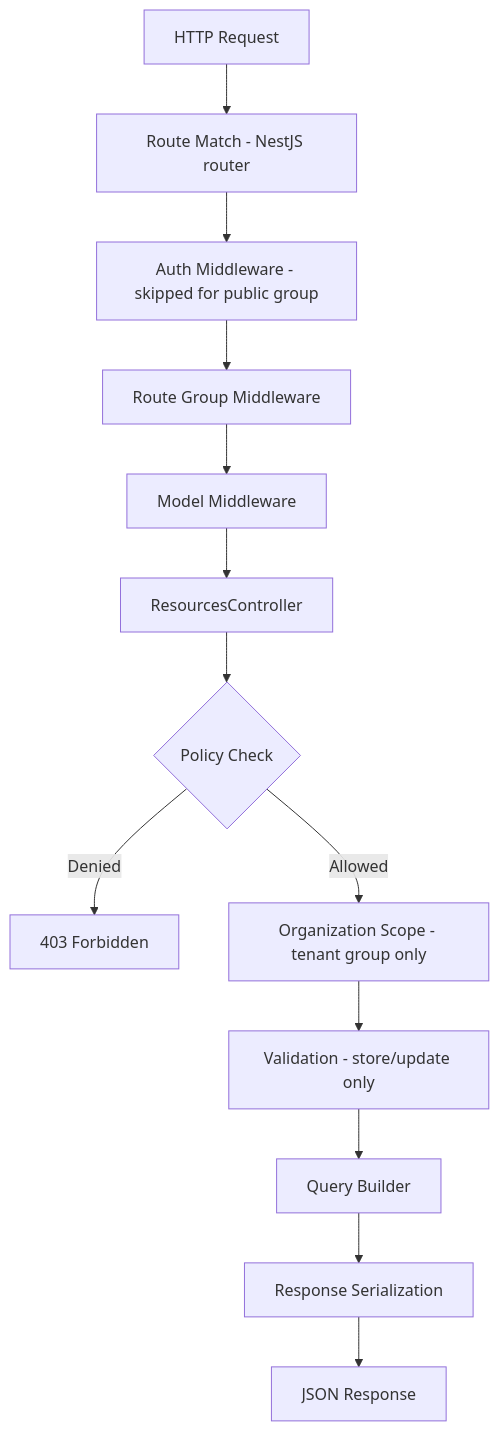
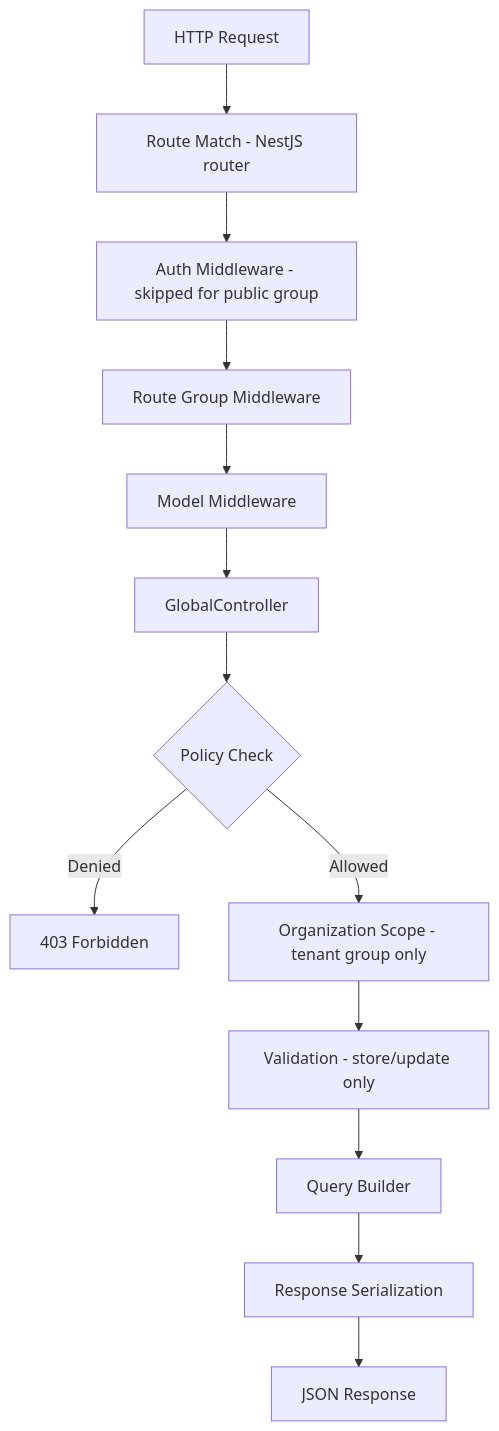
One commit to rhino-project/rhino-docs changed the diagram in docs/nestjs/request-lifecycle.md. Above: the diagram before and after it, drawn with Mermaid. The commit also changed other lines of this file and 16 other files, not shown here.

````diff
--- a/docs/nestjs/request-lifecycle.md
+++ b/docs/nestjs/request-lifecycle.md
@@ -12,15 +12,15 @@
 ```mermaid
 flowchart TD
     A[HTTP Request] --> B[Route Match - NestJS router]
     B --> C[Auth Middleware - skipped for public group]
     C --> D[Route Group Middleware]
     D --> E[Model Middleware]
-    E --> F[ResourcesController]
+    E --> F[GlobalController]
     F --> G{Policy Check}
     G -->|Denied| H[403 Forbidden]
     G -->|Allowed| I[Organization Scope - tenant group only]
     I --> J[Validation - store/update only]
     J --> K[Query Builder]
     K --> L[Response Serialization]
     L --> M[JSON Response]
 ```
````
